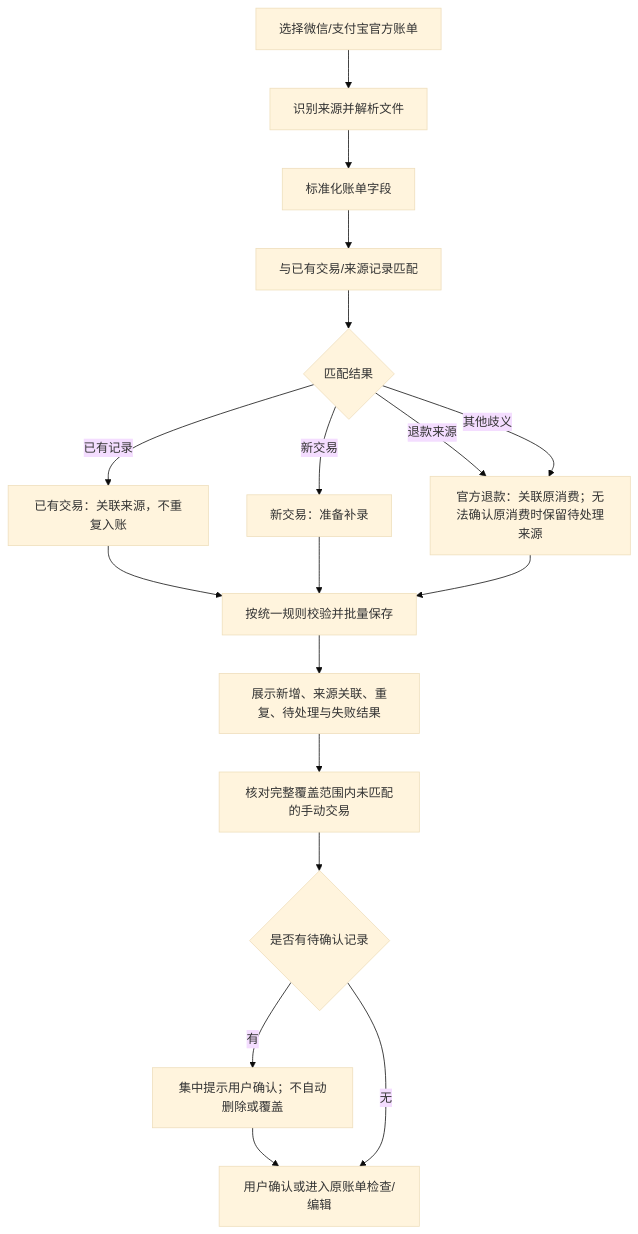
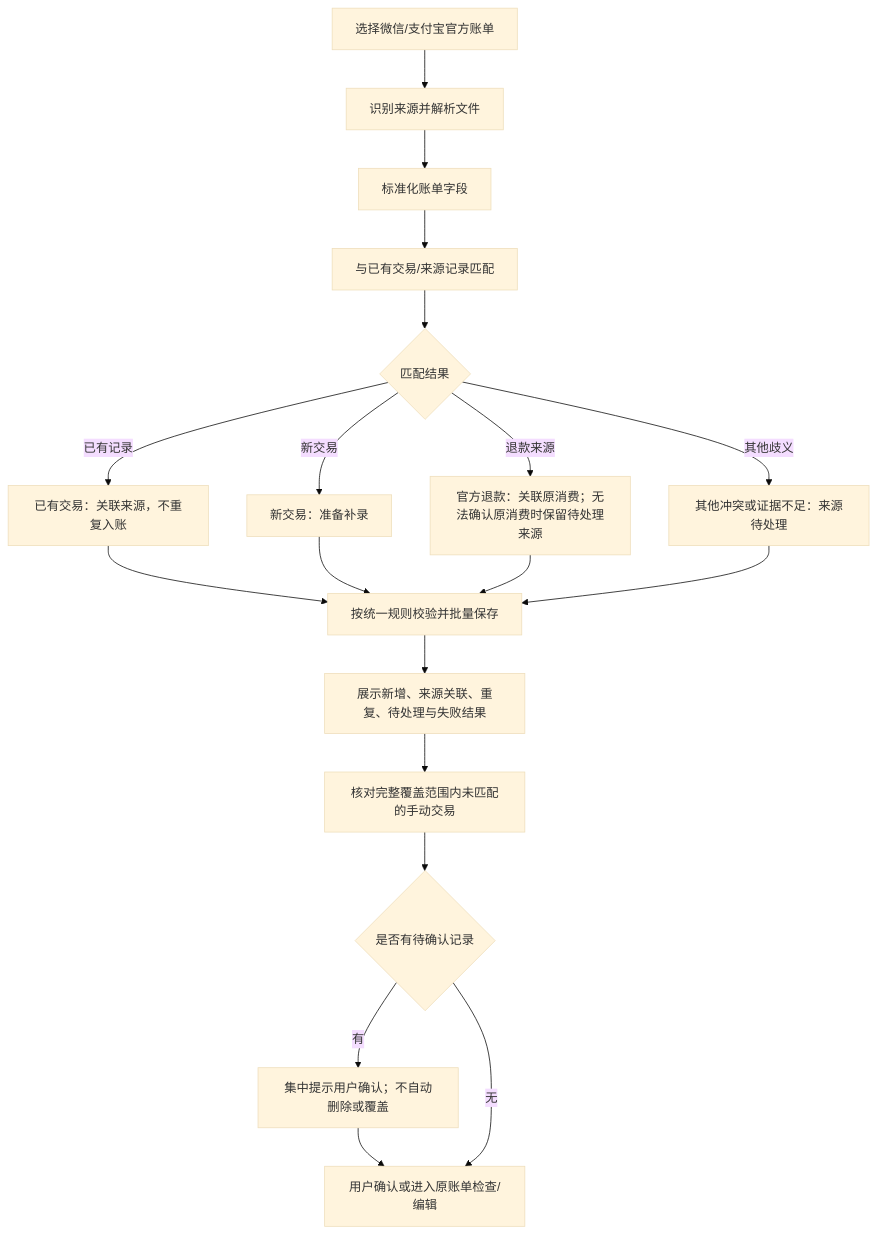
One commit to AsteriaAnna/ledger-final changed the third of 3 diagrams in docs/PRODUCT_FUNCTION_MAP.md. Above: the diagram before and after it, drawn with Mermaid (base theme).

Commit message:
docs: distinguish unresolved refund source from other import issues

````diff
--- a/docs/PRODUCT_FUNCTION_MAP.md
+++ b/docs/PRODUCT_FUNCTION_MAP.md
@@ -178,29 +178,31 @@
 ```mermaid
 flowchart TD
     A["选择微信/支付宝官方账单"]
     B["识别来源并解析文件"]
     C["标准化账单字段"]
     D["与已有交易/来源记录匹配"]
     E{"匹配结果"}
     F["已有交易：关联来源，不重复入账"]
     G["新交易：准备补录"]
     H["官方退款：关联原消费；无法确认原消费时保留待处理来源"]
+    P["其他冲突或证据不足：来源待处理"]
     I["按统一规则校验并批量保存"]
     J["展示新增、来源关联、重复、待处理与失败结果"]
     K["核对完整覆盖范围内未匹配的手动交易"]
     L{"是否有待确认记录"}
     M["集中提示用户确认；不自动删除或覆盖"]
     N["用户确认或进入原账单检查/编辑"]
 
     A --> B --> C --> D --> E
     E -->|已有记录| F
     E -->|新交易| G
     E -->|退款来源| H
-    E -->|其他歧义| H
+    E -->|其他歧义| P
     F --> I
     G --> I
     H --> I
+    P --> I
     I --> J --> K --> L
     L -->|有| M --> N
     L -->|无| N
 ```
````
